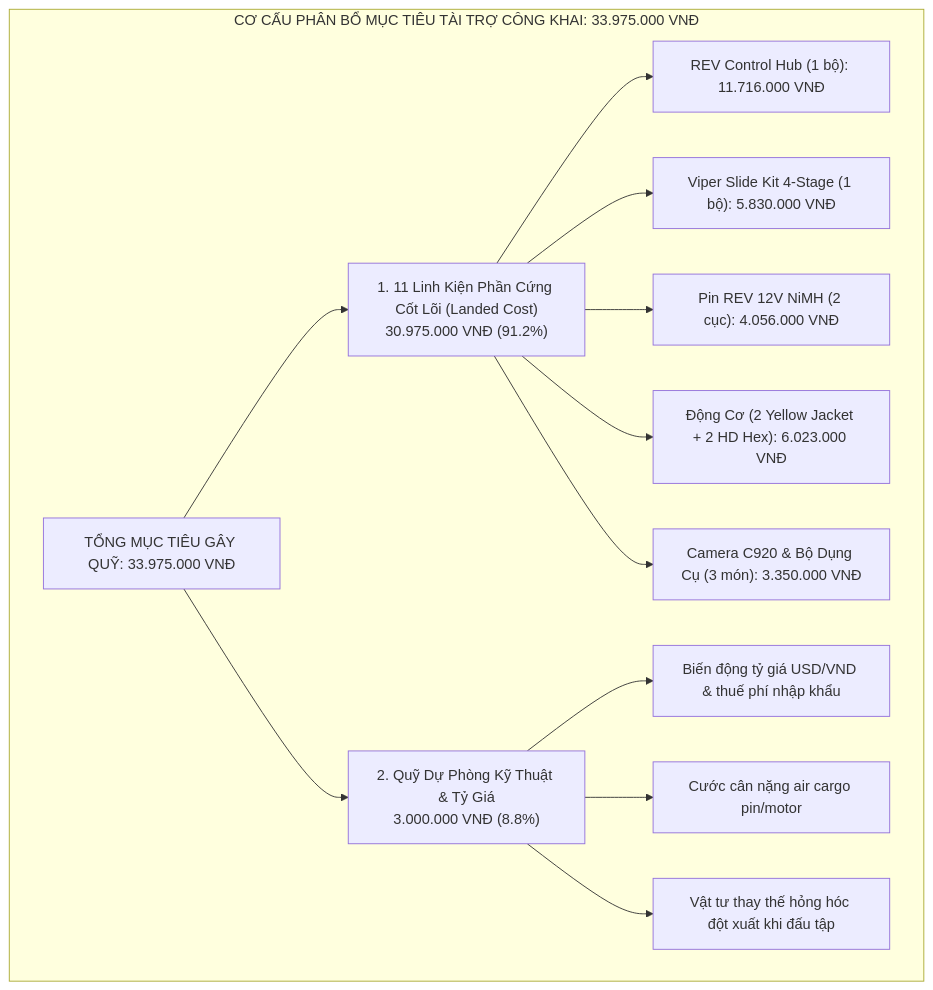
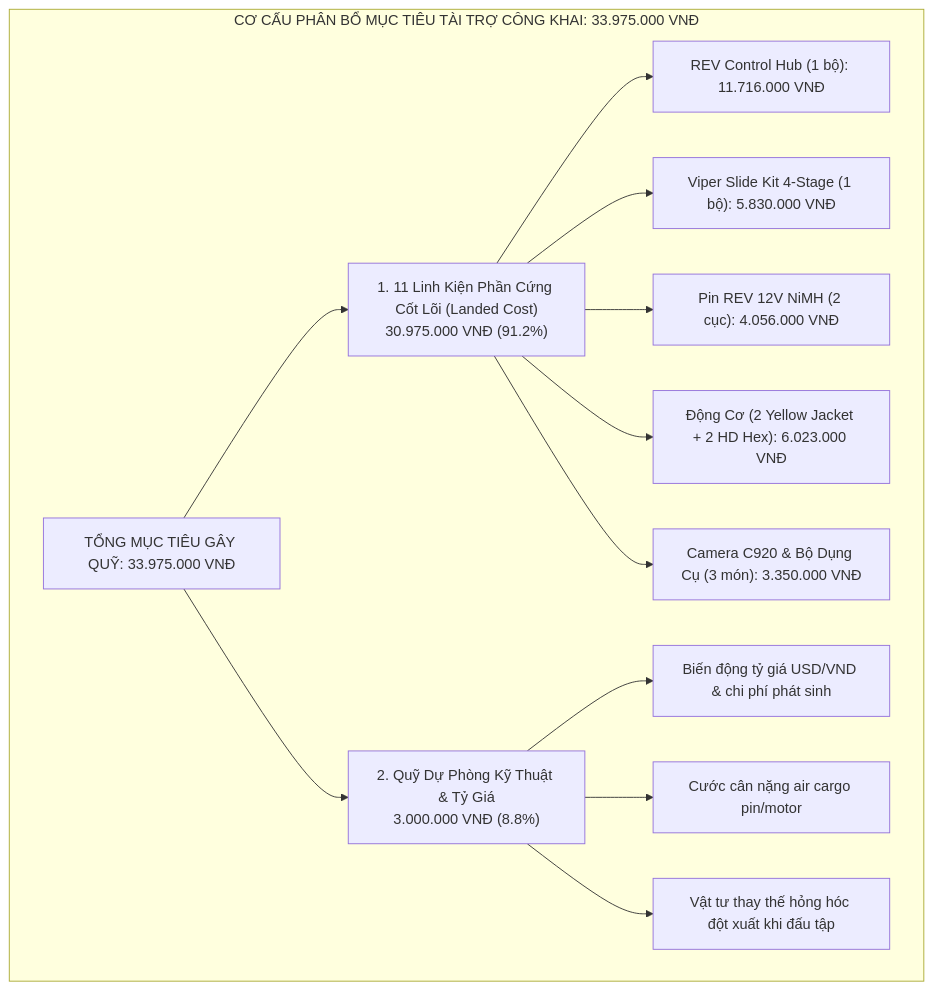
The first of 3 diagrams in docs/campaign-2026-2027/04-ngan-sach-delta.md (Minhmice/roboticssocson), drawn with Mermaid before and after one commit. The commit also changed other lines of this file and 304 other files, not shown here.

````diff
--- a/docs/campaign-2026-2027/04-ngan-sach-delta.md
+++ b/docs/campaign-2026-2027/04-ngan-sach-delta.md
@@ -7,19 +7,19 @@
 ```mermaid
 flowchart TD
     subgraph BUDGET_ALLOCATION["CƠ CẤU PHÂN BỔ MỤC TIÊU TÀI TRỢ CÔNG KHAI: 33.975.000 VNĐ"]
         TOTAL["TỔNG MỤC TIÊU GÂY QUỸ: 33.975.000 VNĐ"]
         
         TOTAL --> HW["1. 11 Linh Kiện Phần Cứng Cốt Lõi (Landed Cost)<br>30.975.000 VNĐ (91.2%)"]
         TOTAL --> CONT["2. Quỹ Dự Phòng Kỹ Thuật & Tỷ Giá<br>3.000.000 VNĐ (8.8%)"]
         
         HW --> HW1["REV Control Hub (1 bộ): 11.716.000 VNĐ"]
         HW --> HW2["Viper Slide Kit 4-Stage (1 bộ): 5.830.000 VNĐ"]
         HW --> HW3["Pin REV 12V NiMH (2 cục): 4.056.000 VNĐ"]
         HW --> HW4["Động Cơ (2 Yellow Jacket + 2 HD Hex): 6.023.000 VNĐ"]
         HW --> HW5["Camera C920 & Bộ Dụng Cụ (3 món): 3.350.000 VNĐ"]
         
-        CONT --> CONT1["Biến động tỷ giá USD/VND & thuế phí nhập khẩu"]
+        CONT --> CONT1["Biến động tỷ giá USD/VND & chi phí phát sinh"]
         CONT --> CONT2["Cước cân nặng air cargo pin/motor"]
         CONT --> CONT3["Vật tư thay thế hỏng hóc đột xuất khi đấu tập"]
     end
 ```
````
